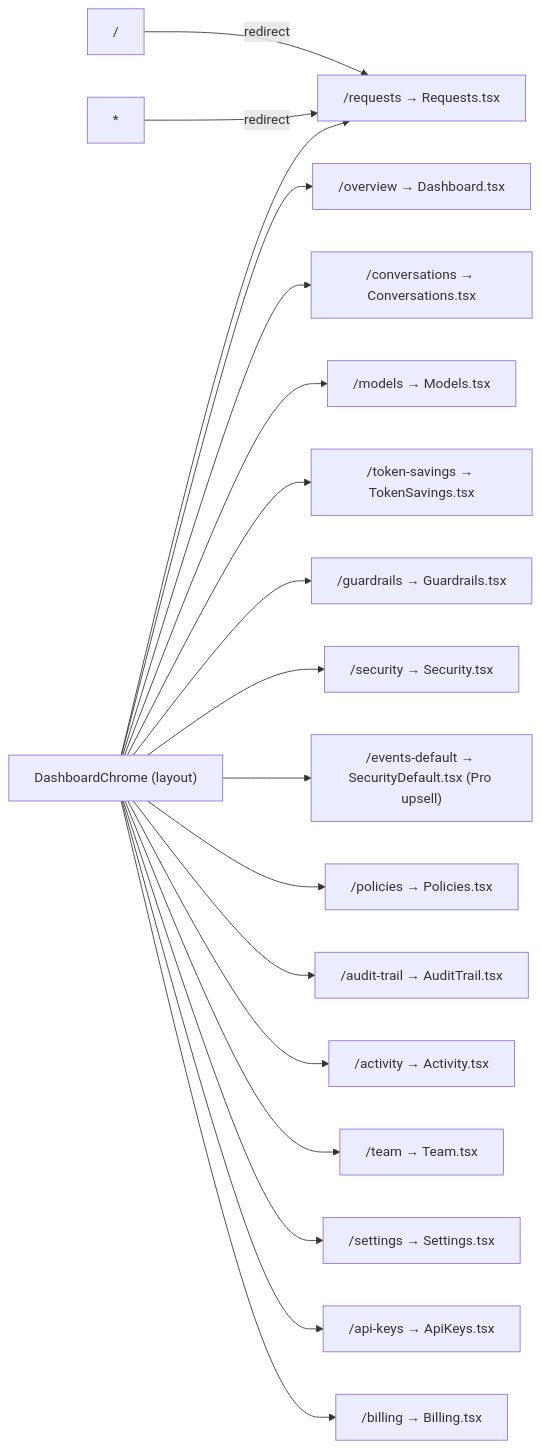
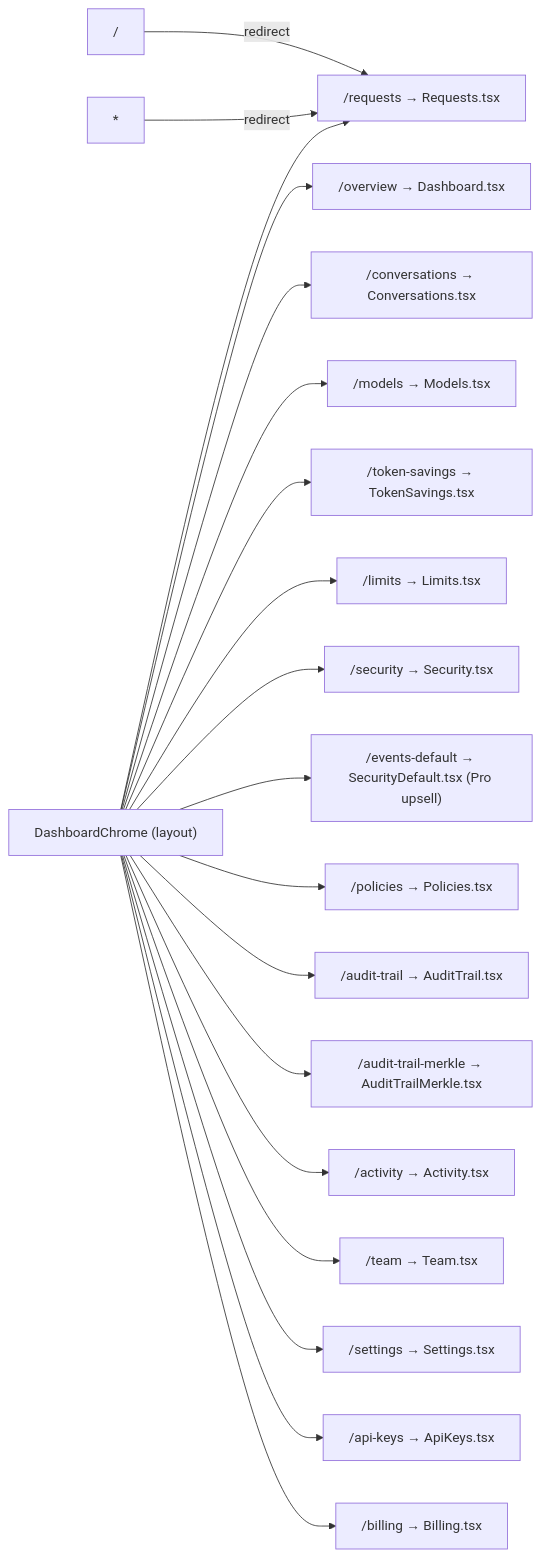
One commit to Neoneue/gate-ai-build changed the first of 4 diagrams in data-model.md. Above: the diagram before and after it, drawn with Mermaid. The commit also changed other lines of this file and 12 other files, not shown here.

````diff
--- a/data-model.md
+++ b/data-model.md
@@ -31,23 +31,24 @@
 ```mermaid
 graph LR
     ROOT["/"] -->|redirect| REQ["/requests"]
     WILD["*"] -->|redirect| REQ
 
     LAYOUT["DashboardChrome (layout)"]
 
     LAYOUT --> OV["/overview → Dashboard.tsx"]
     LAYOUT --> REQ["/requests → Requests.tsx"]
     LAYOUT --> CONV["/conversations → Conversations.tsx"]
     LAYOUT --> MOD["/models → Models.tsx"]
     LAYOUT --> TOK["/token-savings → TokenSavings.tsx"]
-    LAYOUT --> GRD["/guardrails → Guardrails.tsx"]
+    LAYOUT --> LIM["/limits → Limits.tsx"]
     LAYOUT --> SEC["/security → Security.tsx"]
     LAYOUT --> SECDEF["/events-default → SecurityDefault.tsx (Pro upsell)"]
     LAYOUT --> POL["/policies → Policies.tsx"]
     LAYOUT --> AUD["/audit-trail → AuditTrail.tsx"]
+  LAYOUT --> AUDM["/audit-trail-merkle → AuditTrailMerkle.tsx"]
     LAYOUT --> ACT["/activity → Activity.tsx"]
     LAYOUT --> TEAM["/team → Team.tsx"]
     LAYOUT --> SET["/settings → Settings.tsx"]
     LAYOUT --> KEYS["/api-keys → ApiKeys.tsx"]
     LAYOUT --> BILL["/billing → Billing.tsx"]
 ```
````
